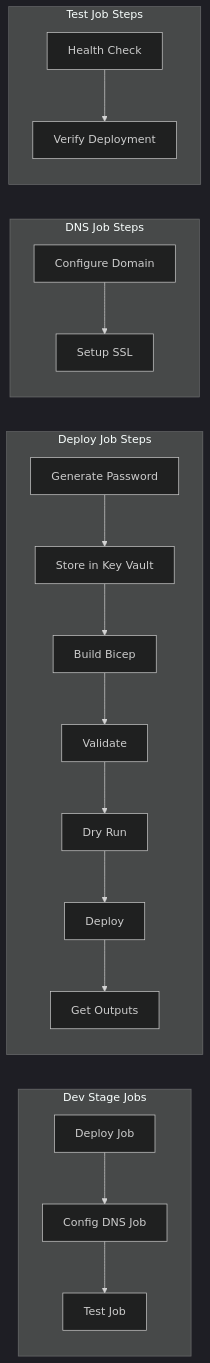
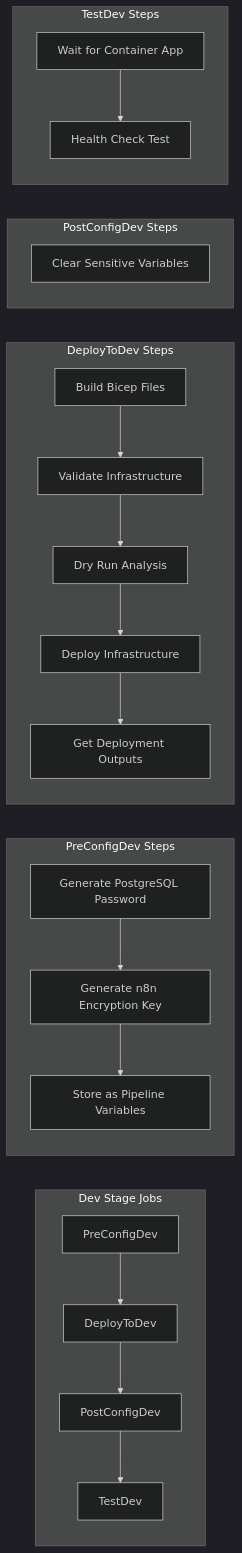
One commit to srmds/n8n-azure-apps-quick-starter changed the second of 12 diagrams in docs/cicd-pipeline.md. Above: the diagram before and after it, drawn with Mermaid (dark theme). The commit also changed other lines of this file and 15 other files, not shown here.

````diff
--- a/docs/cicd-pipeline.md
+++ b/docs/cicd-pipeline.md
@@ -89,24 +87,28 @@
 ```mermaid
 graph LR
     subgraph "Dev Stage Jobs"
-        A[Deploy Job] --> B[Config DNS Job]
-        B --> C[Test Job]
+        A[PreConfigDev] --> B[DeployToDev]
+        B --> C[PostConfigDev]
+        C --> D[TestDev]
     end
 
-    subgraph "Deploy Job Steps"
-        A1[Generate Password] --> A2[Store in Key Vault]
-        A2 --> A3[Build Bicep]
-        A3 --> A4[Validate]
-        A4 --> A5[Dry Run]
-        A5 --> A6[Deploy]
-        A6 --> A7[Get Outputs]
+    subgraph "PreConfigDev Steps"
+        A1[Generate PostgreSQL Password] --> A2[Generate n8n Encryption Key]
+        A2 --> A3[Store as Pipeline Variables]
     end
 
-    subgraph "DNS Job Steps"
-        B1[Configure Domain] --> B2[Setup SSL]
+    subgraph "DeployToDev Steps"
+        B1[Build Bicep Files] --> B2[Validate Infrastructure]
+        B2 --> B3[Dry Run Analysis]
+        B3 --> B4[Deploy Infrastructure]
+        B4 --> B5[Get Deployment Outputs]
     end
 
-    subgraph "Test Job Steps"
-        C1[Health Check] --> C2[Verify Deployment]
+    subgraph "PostConfigDev Steps"
+        C1[Clear Sensitive Variables]
+    end
+
+    subgraph "TestDev Steps"
+        D1[Wait for Container App] --> D2[Health Check Test]
     end
 ```
````
